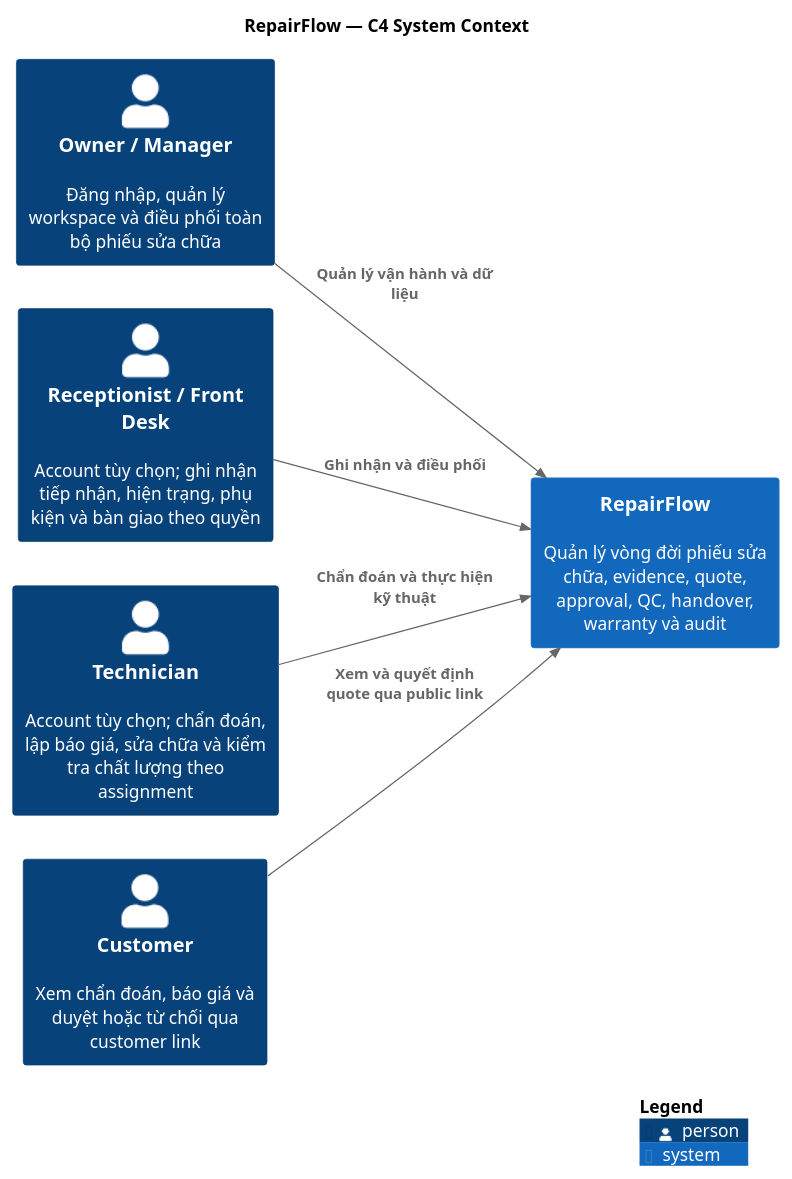
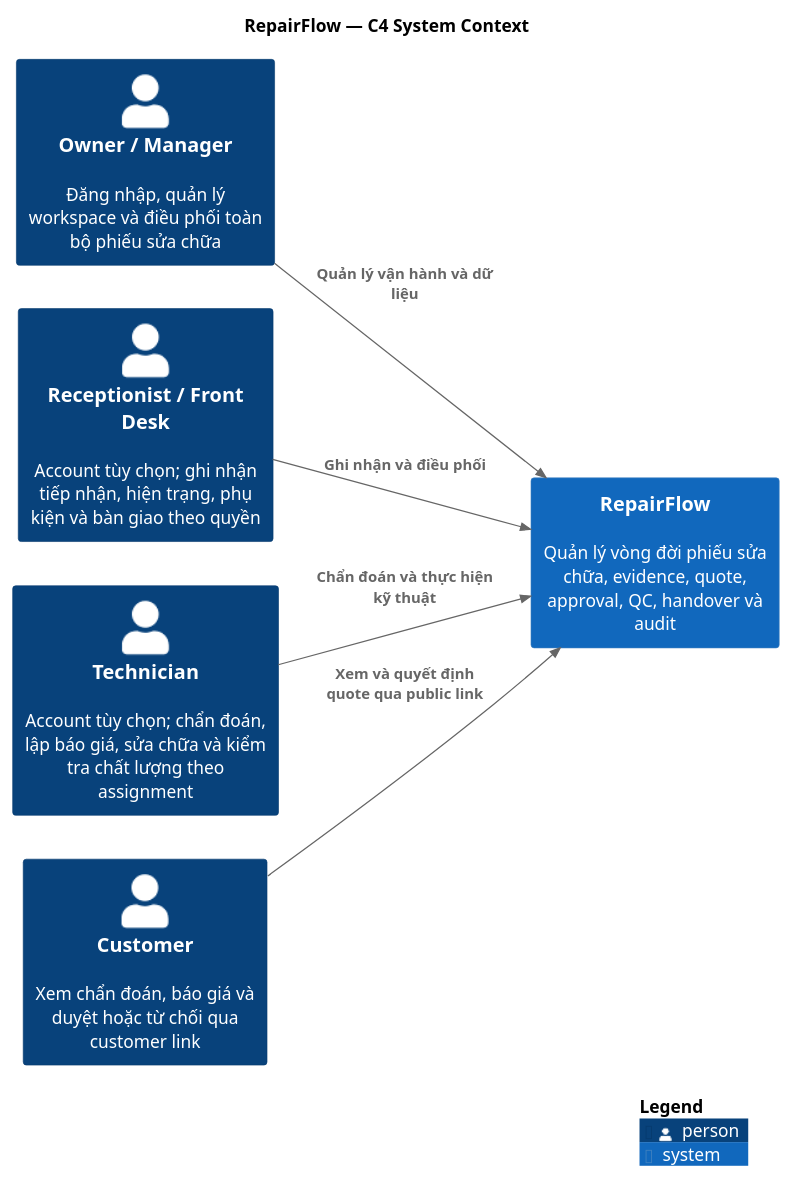
The diagram in docs/v0/architecture/repairflow-c4-system-context.puml (datdt03/DOTHANHDAT_INTERN_01278), drawn with PlantUML before and after one commit. The commit also changed 12 other files, not shown here.

```diff
--- a/docs/v0/architecture/repairflow-c4-system-context.puml
+++ b/docs/v0/architecture/repairflow-c4-system-context.puml
@@ -1,19 +1,19 @@
 @startuml repairflow-c4-system-context
 !include <C4/C4_Context>
 
 LAYOUT_LEFT_RIGHT()
 title RepairFlow — C4 System Context
 
 Person(owner, "Owner / Manager", "Đăng nhập, quản lý workspace và điều phối toàn bộ phiếu sửa chữa")
 Person(receptionist, "Receptionist / Front Desk", "Account tùy chọn; ghi nhận tiếp nhận, hiện trạng, phụ kiện và bàn giao theo quyền")
 Person(technician, "Technician", "Account tùy chọn; chẩn đoán, lập báo giá, sửa chữa và kiểm tra chất lượng theo assignment")
 Person(customer, "Customer", "Xem chẩn đoán, báo giá và duyệt hoặc từ chối qua customer link")
-System(repairflow, "RepairFlow", "Quản lý vòng đời phiếu sửa chữa, evidence, quote, approval, QC, handover, warranty và audit")
+System(repairflow, "RepairFlow", "Quản lý vòng đời phiếu sửa chữa, evidence, quote, approval, QC, handover và audit")
 
 Rel(owner, repairflow, "Quản lý vận hành và dữ liệu")
 Rel(receptionist, repairflow, "Ghi nhận và điều phối")
 Rel(technician, repairflow, "Chẩn đoán và thực hiện kỹ thuật")
 Rel(customer, repairflow, "Xem và quyết định quote qua public link")
 
 SHOW_LEGEND()
 @enduml
```
